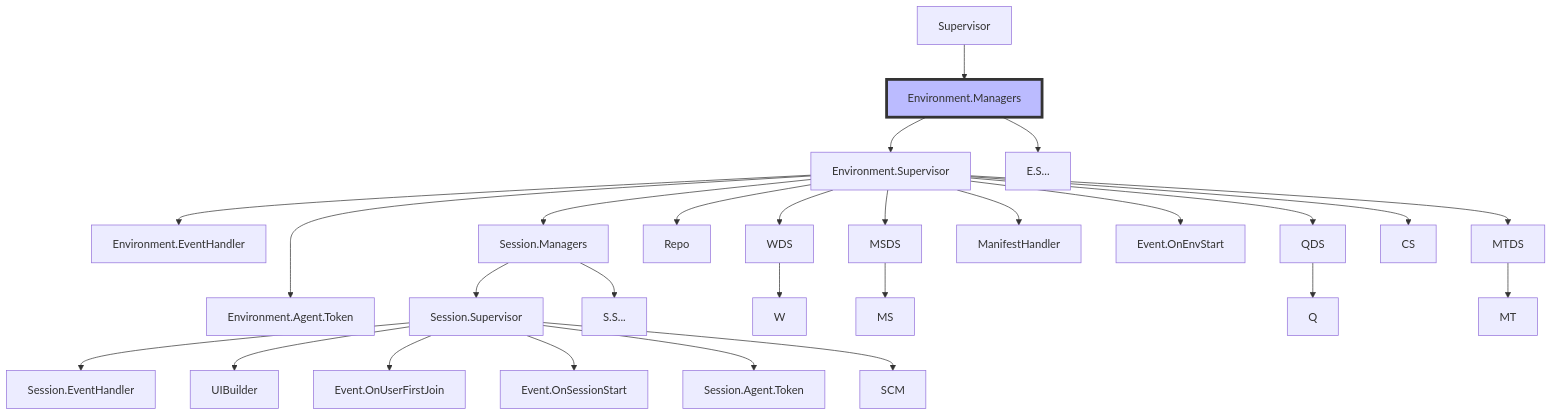
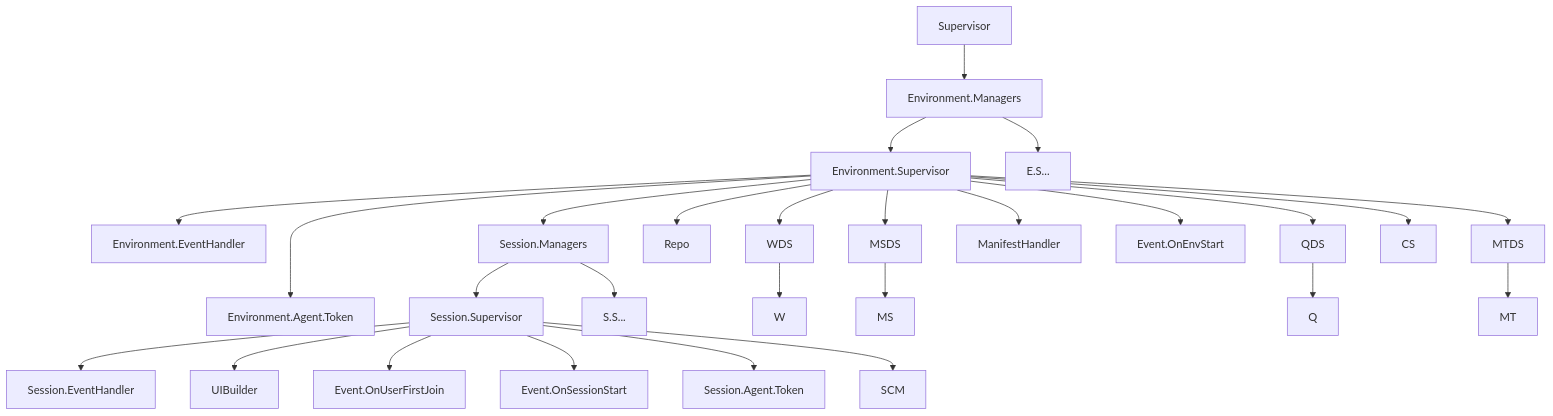
Before and after one commit to lenra-io/application-runner: the diagram in docs/GenserverTree.md, drawn with Mermaid.

Commit message:
remove style in mermaid

````diff
--- a/docs/GenserverTree.md
+++ b/docs/GenserverTree.md
@@ -5,31 +5,30 @@
 ```mermaid
 flowchart
 Supervisor --> Environment.Managers
 Environment.Managers --> Environment.Supervisor
 Environment.Managers --> E.S...
 Environment.Supervisor ---> Environment.Agent.Token
 Environment.Supervisor --> Environment.EventHandler
 Environment.Supervisor --> MTDS
 Environment.Supervisor --> QDS
 Environment.Supervisor --> Repo
 Environment.Supervisor --> MSDS
 Environment.Supervisor --> WDS
 Environment.Supervisor --> ManifestHandler
 Environment.Supervisor --> Event.OnEnvStart
 Environment.Supervisor --> Session.Managers
 Environment.Supervisor --> CS
 Session.Managers --> Session.Supervisor
 Session.Managers --> S.S...
 Session.Supervisor --> Session.EventHandler
 Session.Supervisor --> UIBuilder
 Session.Supervisor --> Event.OnUserFirstJoin
 Session.Supervisor --> Event.OnSessionStart
 Session.Supervisor --> Session.Agent.Token
 Session.Supervisor --> SCM
 WDS --> W
 MSDS --> MS
 QDS --> Q
 MTDS --> MT
 
-style Environment.Managers fill:#bbf,stroke:#333,stroke-width:4px
 ```
````
